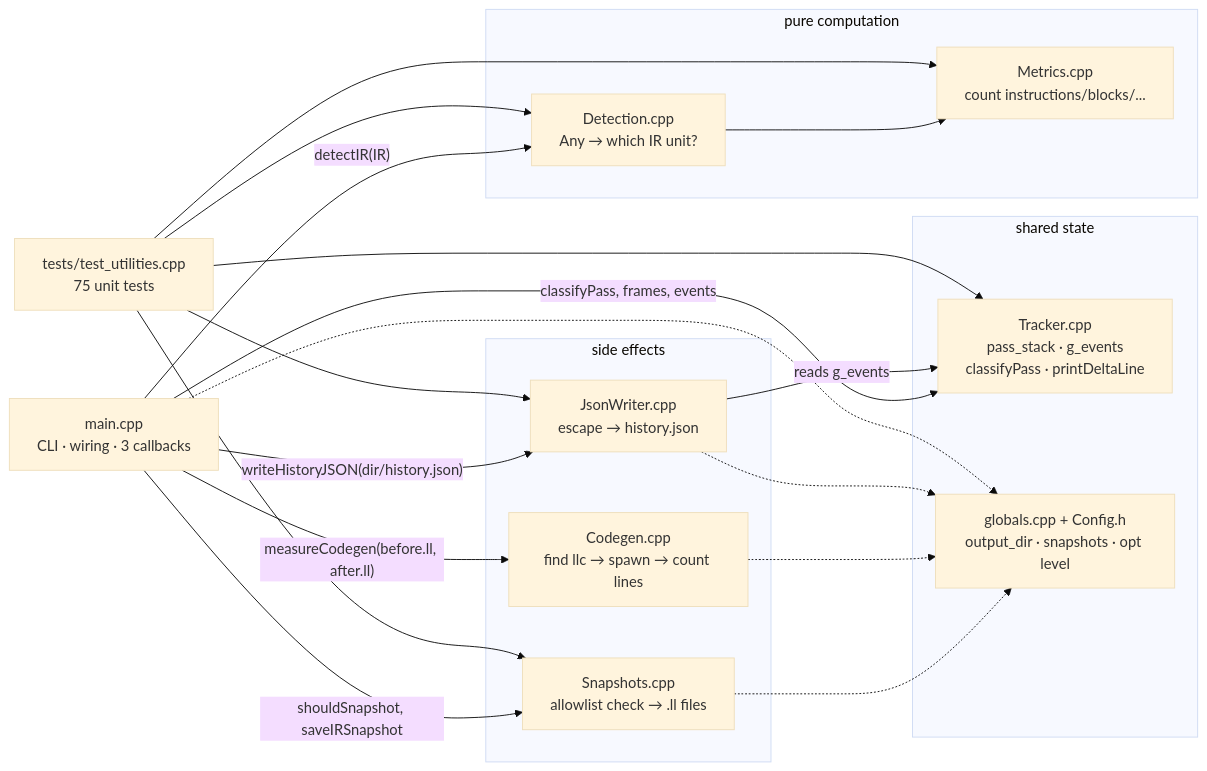
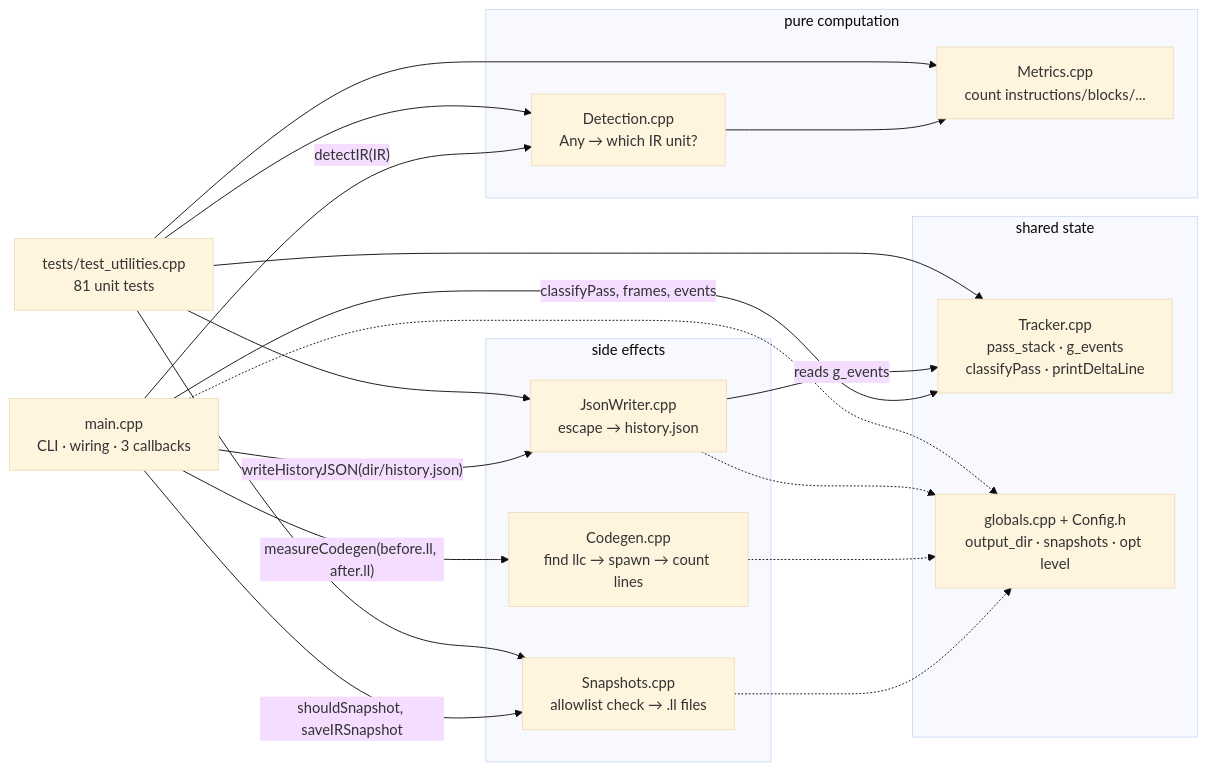
Before and after one commit to rithesh-4/LPTA: the third of 3 diagrams in docs/architecture/DATA_FLOW.md, drawn with Mermaid (base theme). The commit also changed 3 other files, not shown here.

````diff
--- a/docs/architecture/DATA_FLOW.md
+++ b/docs/architecture/DATA_FLOW.md
@@ -125,39 +125,39 @@
 ```mermaid
 flowchart LR
     MAIN["main.cpp<br/>CLI · wiring · 3 callbacks"]
 
     subgraph COMPUTE["pure computation"]
         DETC["Detection.cpp<br/>Any → which IR unit?"]
         METC["Metrics.cpp<br/>count instructions/blocks/..."]
     end
 
     subgraph STATE["shared state"]
         TRK["Tracker.cpp<br/>pass_stack · g_events<br/>classifyPass · printDeltaLine"]
         GLB["globals.cpp + Config.h<br/>output_dir · snapshots · opt level"]
     end
 
     subgraph SIDE["side effects"]
         SNAP["Snapshots.cpp<br/>allowlist check → .ll files"]
         CODE["Codegen.cpp<br/>find llc → spawn → count lines"]
         JW["JsonWriter.cpp<br/>escape → history.json"]
     end
 
-    TEST["tests/test_utilities.cpp<br/>75 unit tests"]
+    TEST["tests/test_utilities.cpp<br/>81 unit tests"]
 
     MAIN -->|"detectIR(IR)"| DETC
     DETC --> METC
     MAIN -->|"classifyPass, frames, events"| TRK
     MAIN -->|"shouldSnapshot, saveIRSnapshot"| SNAP
     MAIN -->|"measureCodegen(before.ll, after.ll)"| CODE
     MAIN -->|"writeHistoryJSON(dir/history.json)"| JW
     JW -->|"reads g_events"| TRK
     SNAP -.-> GLB
     CODE -.-> GLB
     JW -.-> GLB
     MAIN -.-> GLB
     TEST --> METC
     TEST --> TRK
     TEST --> JW
     TEST --> SNAP
     TEST --> DETC
 ```
````
